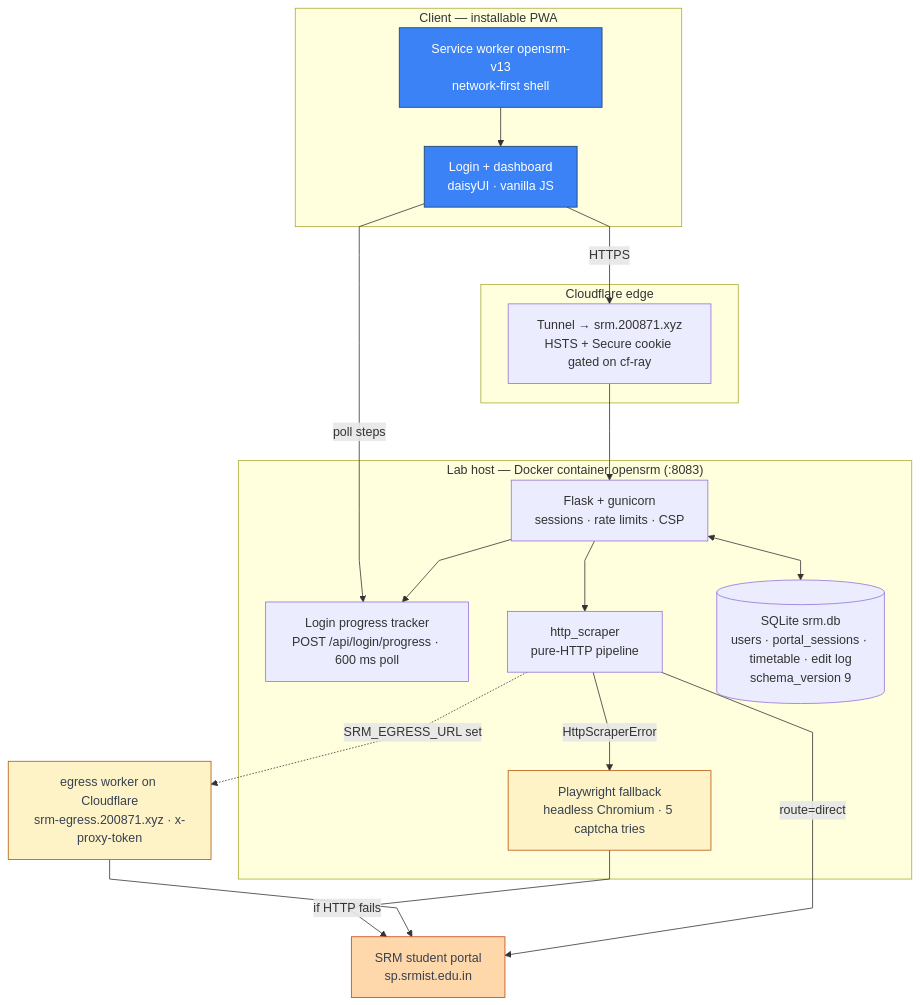
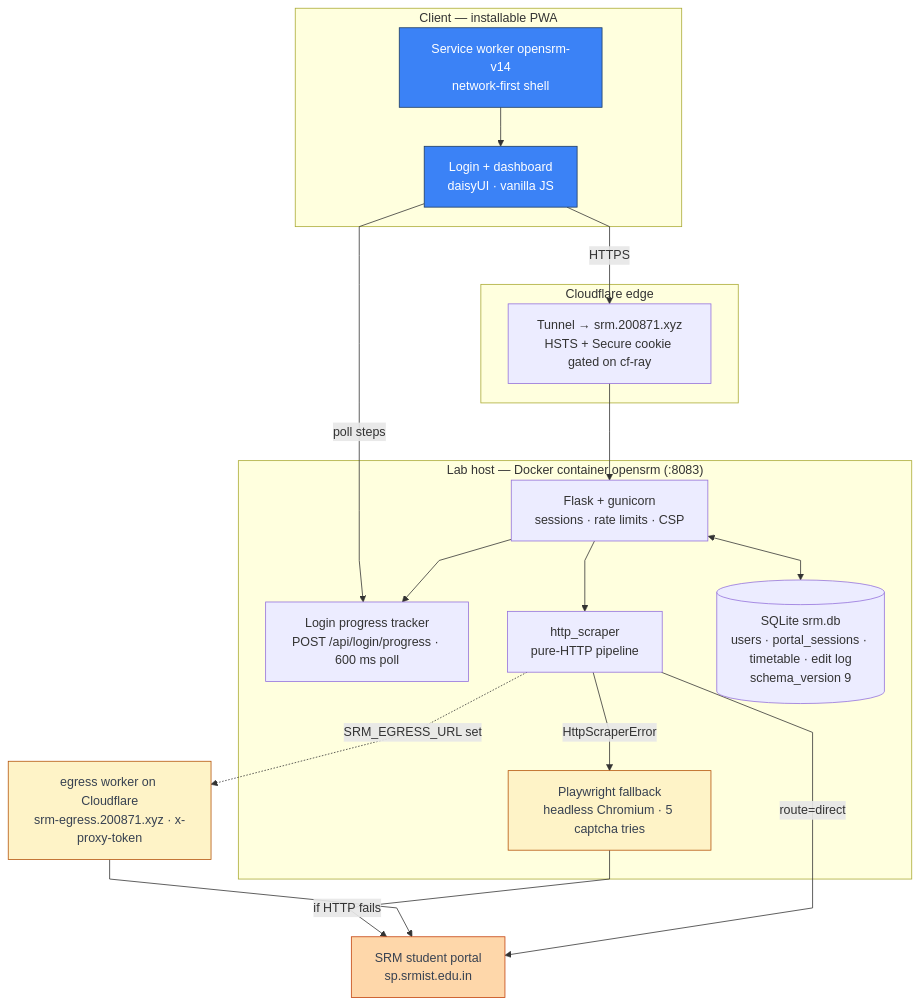
The first of 3 diagrams in README.md (thenabbu/OpenSRM), drawn with Mermaid before and after one commit. The commit also changed other lines of this file and 1 other file, not shown here.

Commit message:
docs: personal panel recipe + cache-name sweep for v14 bump
DESIGN §4.9 key/value list recipe replaced with the shipped identity-header +
collapse-group markup (spacing ladder 0<8<12, responsive default via dash.js,
checkbox vs radio rationale); README Personal Details bullet describes the new
panel; README diagram / AGENTS gotcha / DESIGN example cite opensrm-v14.
Verified: verify76 71/71 (L37 + D58 were red before the README fix).

````diff
--- a/README.md
+++ b/README.md
@@ -64,43 +64,43 @@
 ```mermaid
 %%{init: {"flowchart": {"curve": "linear"}}}%%
 flowchart TD
     subgraph client["Client — installable PWA"]
         UI["Login + dashboard<br/>daisyUI · vanilla JS"]
-        SW["Service worker opensrm-v13<br/>network-first shell"]
+        SW["Service worker opensrm-v14<br/>network-first shell"]
     end
 
     subgraph edge["Cloudflare edge"]
         TUN["Tunnel → srm.200871.xyz<br/>HSTS + Secure cookie gated on cf-ray"]
     end
 
     subgraph lab["Lab host — Docker container opensrm (:8083)"]
         FL["Flask + gunicorn<br/>sessions · rate limits · CSP"]
         PROG["Login progress tracker<br/>POST /api/login/progress · 600 ms poll"]
         HS["http_scraper<br/>pure-HTTP pipeline"]
         PW["Playwright fallback<br/>headless Chromium · 5 captcha tries"]
         DB[("SQLite srm.db<br/>users · portal_sessions · timetable · edit log<br/>schema_version 9")]
         FL --> PROG
         FL <--> DB
         FL --> HS
         HS -->|"HttpScraperError"| PW
     end
 
     EG["egress worker on Cloudflare<br/>srm-egress.200871.xyz · x-proxy-token"]
     P["SRM student portal<br/>sp.srmist.edu.in"]
 
     UI -->|"HTTPS"| TUN
     TUN --> FL
     SW --> UI
     UI -->|"poll steps"| PROG
     HS -->|"route=direct"| P
     HS -.->|"SRM_EGRESS_URL set"| EG
     EG --> P
     PW -->|"if HTTP fails"| P
 
     classDef client fill:#3b82f6,stroke:#1e3a5f,color:#ffffff
     classDef conditional fill:#fef3c7,stroke:#b45309,color:#374151
     classDef external fill:#fed7aa,stroke:#c2410c,color:#374151
     class UI,SW client
     class PW,EG conditional
     class P external
 ```
````
